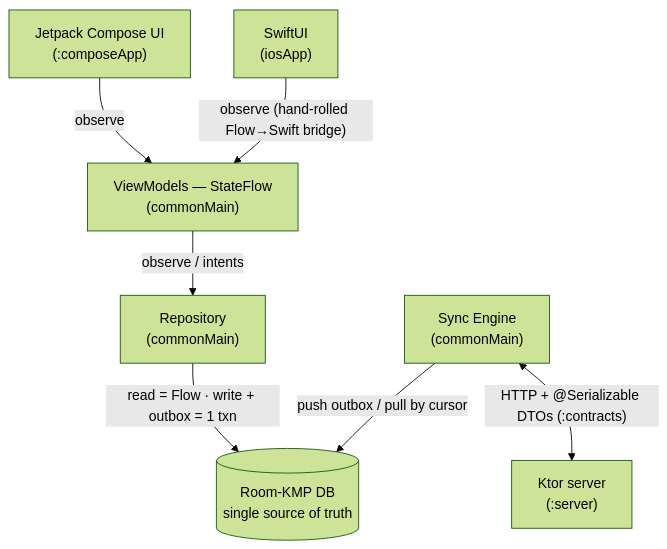
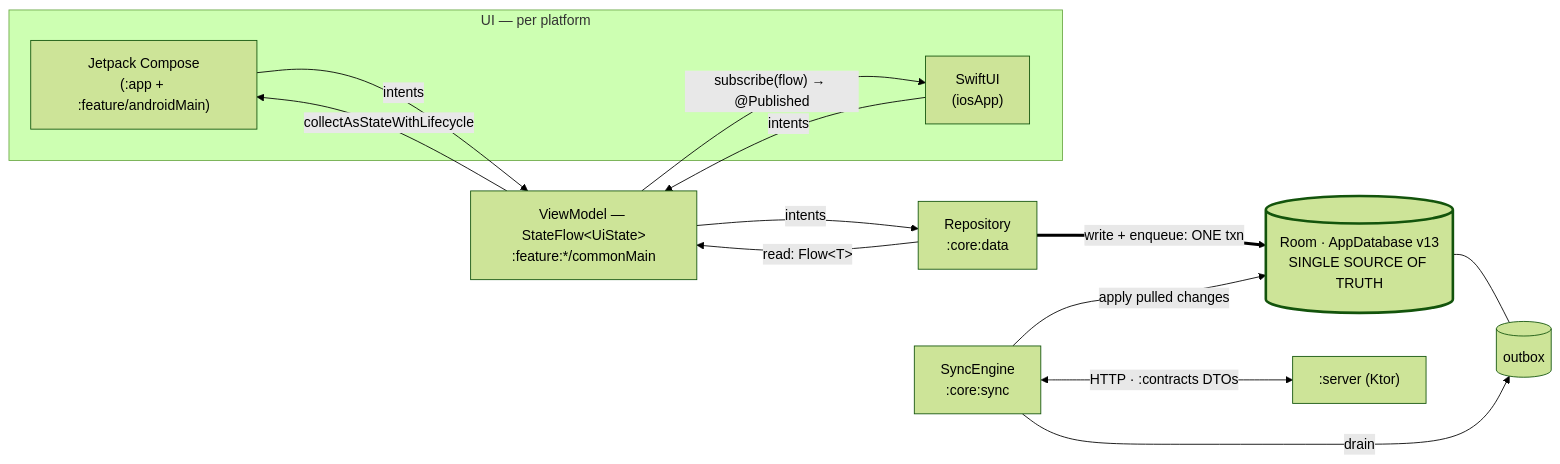
One commit to Tanvi-Goyal/Cadence changed the second of 5 diagrams in README.md. Above: the diagram before and after it, drawn with Mermaid (forest theme). The commit also changed other lines of this file and 11 other files, not shown here.

Commit message:
feat: update README.md with project overview, features, and architecture details

````diff
--- a/README.md
+++ b/README.md
@@ -26,17 +266,28 @@
 ```mermaid
-flowchart TD
-    CUI["Jetpack Compose UI<br/>(:composeApp)"]
-    SUI["SwiftUI<br/>(iosApp)"]
-    VM["ViewModels — StateFlow<br/>(commonMain)"]
-    REPO["Repository<br/>(commonMain)"]
-    DB[("Room-KMP DB<br/>single source of truth")]
-    SYNC["Sync Engine<br/>(commonMain)"]
-    SRV["Ktor server<br/>(:server)"]
+flowchart LR
+    subgraph ui["UI — per platform"]
+        C["Jetpack Compose<br/>(:app + :feature/androidMain)"]
+        S["SwiftUI<br/>(iosApp)"]
+    end
 
-    CUI -- observe --> VM
-    SUI -- "observe (hand-rolled Flow→Swift bridge)" --> VM
-    VM -- "observe / intents" --> REPO
-    REPO -- "read = Flow · write + outbox = 1 txn" --> DB
-    SYNC -- "push outbox / pull by cursor" --> DB
-    SYNC <-- "HTTP + @Serializable DTOs (:contracts)" --> SRV
+    VM["ViewModel — StateFlow&lt;UiState&gt;<br/>:feature:*/commonMain"]
+    REPO["Repository<br/>:core:data"]
+    ROOM[("Room · AppDatabase v13<br/>SINGLE SOURCE OF TRUTH")]
+    OUTBOX[("outbox")]
+    SE["SyncEngine<br/>:core:sync"]
+    SRV[":server (Ktor)"]
+
+    C -->|intents| VM
+    S -->|intents| VM
+    VM -->|"collectAsStateWithLifecycle"| C
+    VM -->|"subscribe(flow) → @Published"| S
+    VM -->|intents| REPO
+    REPO -->|"read: Flow&lt;T&gt;"| VM
+    REPO ==>|"write + enqueue: ONE txn"| ROOM
+    ROOM --- OUTBOX
+    SE -->|"drain"| OUTBOX
+    SE -->|"apply pulled changes"| ROOM
+    SE <-->|"HTTP · :contracts DTOs"| SRV
+
+    style ROOM stroke-width:3px
 ```
````
